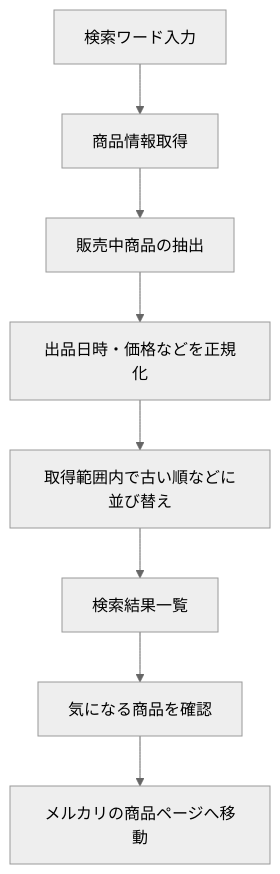
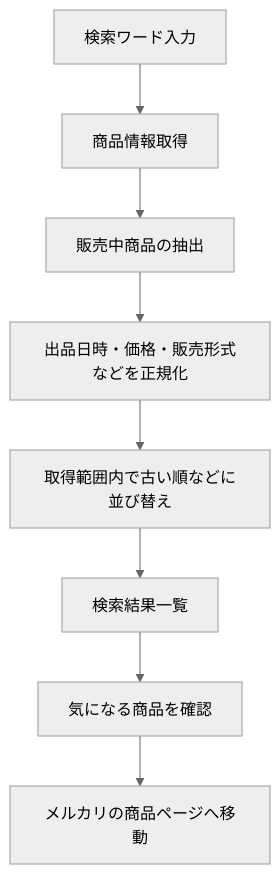
One commit to mgmaru/card-digger changed the second of 7 diagrams in docs/product/concept.md. Above: the diagram before and after it, drawn with Mermaid (neutral theme). The commit also changed other lines of this file and 10 other files, not shown here.

````diff
--- a/docs/product/concept.md
+++ b/docs/product/concept.md
@@ -113,10 +113,10 @@
 ```mermaid
 flowchart TD
     A[検索ワード入力] --> B[商品情報取得]
     B --> C[販売中商品の抽出]
-    C --> D[出品日時・価格などを正規化]
+    C --> D[出品日時・価格・販売形式などを正規化]
     D --> E[取得範囲内で古い順などに並び替え]
     E --> F[検索結果一覧]
     F --> G[気になる商品を確認]
     G --> H[メルカリの商品ページへ移動]
 ```
````
